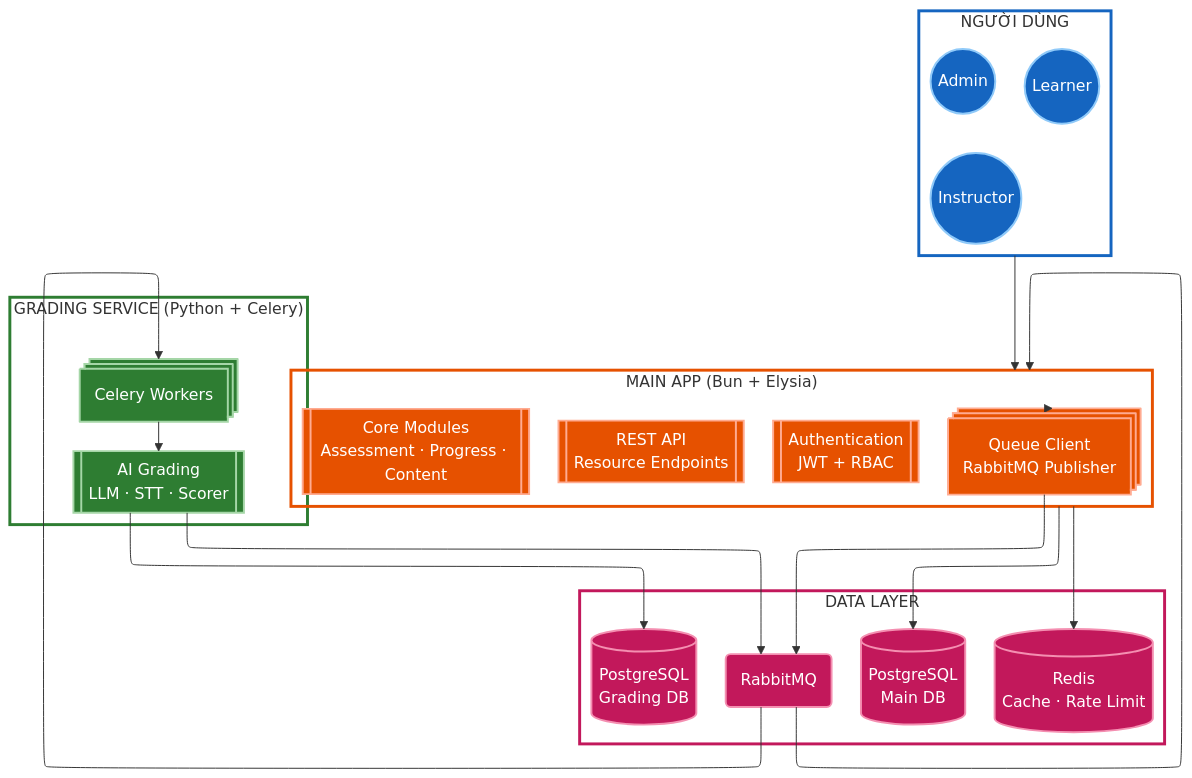
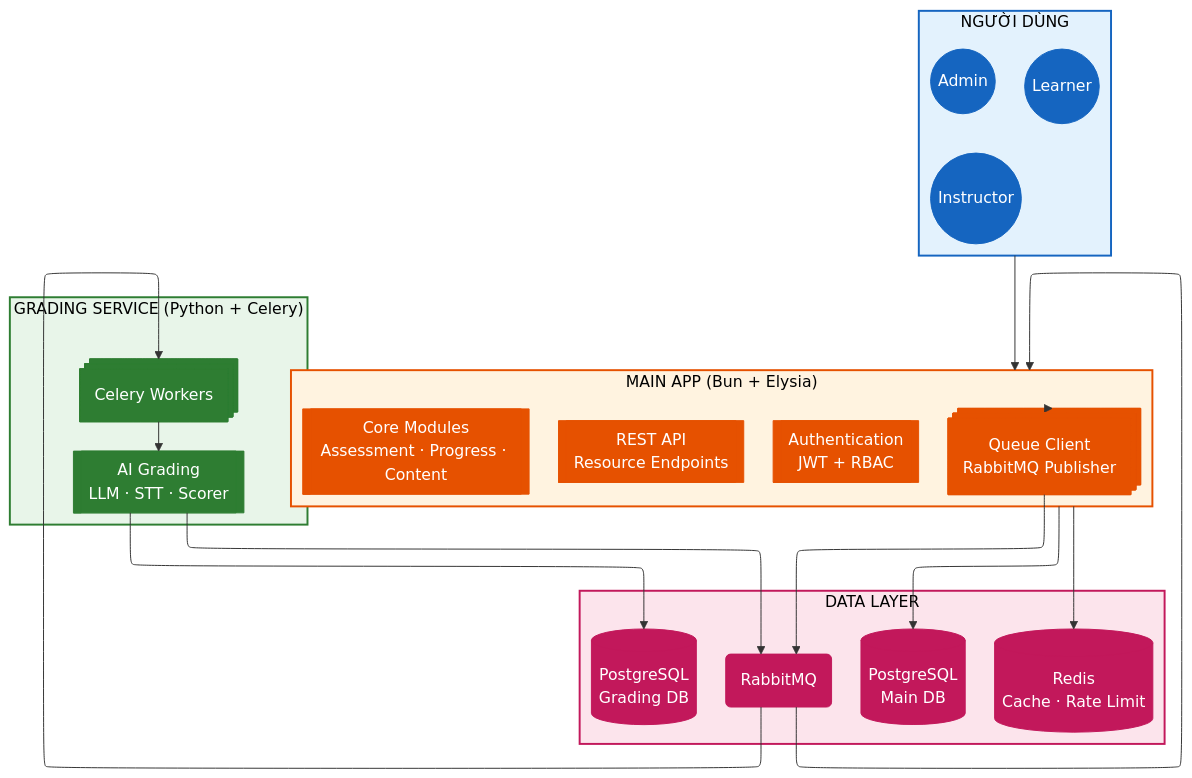
Before and after one commit to nghyane/VSTEP: the first of 12 diagrams in docs/capstone/diagrams/flow-diagrams.vi.md, drawn with Mermaid. The commit also changed other lines of this file, not shown here.

First line of the commit message:
fix(docs): rewrite diagrams with proper color separation

````diff
--- a/docs/capstone/diagrams/flow-diagrams.vi.md
+++ b/docs/capstone/diagrams/flow-diagrams.vi.md
@@ -9,68 +9,69 @@
 ```mermaid
 ---
 config:
   layout: elk
   theme: default
 ---
 flowchart TB
     subgraph Users["NGƯỜI DÙNG"]
         direction LR
         L@{ shape: circle, label: "Learner" }
         I@{ shape: circle, label: "Instructor" }
         A@{ shape: circle, label: "Admin" }
     end
 
     subgraph BunApp["MAIN APP (Bun + Elysia)"]
         direction TB
         Auth@{ shape: fr-rect, label: "Authentication\nJWT + RBAC" }
         API@{ shape: fr-rect, label: "REST API\nResource Endpoints" }
         Core@{ shape: fr-rect, label: "Core Modules\nAssessment · Progress · Content" }
         QueueClient@{ shape: st-rect, label: "Queue Client\nRabbitMQ Publisher" }
     end
 
     subgraph GradingService["GRADING SERVICE (Python + Celery)"]
         direction TB
         Worker@{ shape: st-rect, label: "Celery Workers" }
         Grader@{ shape: fr-rect, label: "AI Grading\nLLM · STT · Scorer" }
     end
 
     subgraph DataLayer["DATA LAYER"]
         direction LR
         MainDB@{ shape: cyl, label: "PostgreSQL\nMain DB" }
         GradingDB@{ shape: cyl, label: "PostgreSQL\nGrading DB" }
         MQ@{ shape: rounded, label: "RabbitMQ" }
         Redis@{ shape: cyl, label: "Redis\nCache · Rate Limit" }
     end
 
     Users --> BunApp
     BunApp --> MainDB
     BunApp --> Redis
     BunApp --> QueueClient
     QueueClient --> MQ
     MQ --> Worker
     Worker --> Grader
     Grader --> GradingDB
     Grader --> MQ
     MQ --> BunApp
 
-    classDef users fill:#1565c0,stroke:#90caf9,stroke-width:2px,color:#fff
-    classDef bun fill:#e65100,stroke:#ffab91,stroke-width:2px,color:#fff
-    classDef python fill:#2e7d32,stroke:#a5d6a7,stroke-width:2px,color:#fff
-    classDef data fill:#c2185b,stroke:#f48fb1,stroke-width:2px,color:#fff
+    %% Nodes - solid fill
+    classDef users fill:#1565c0,stroke:#1565c0,color:#fff
+    classDef bun fill:#e65100,stroke:#e65100,color:#fff
+    classDef python fill:#2e7d32,stroke:#2e7d32,color:#fff
+    classDef data fill:#c2185b,stroke:#c2185b,color:#fff
 
-    classDef usersBox fill:none,stroke:#1565c0,stroke-width:3px
-    classDef bunBox fill:none,stroke:#e65100,stroke-width:3px
-    classDef pythonBox fill:none,stroke:#2e7d32,stroke-width:3px
-    classDef dataBox fill:none,stroke:#c2185b,stroke-width:3px
+    %% Subgraph boxes - light fill with dark border
+    classDef usersBox fill:#e3f2fd,stroke:#1565c0,stroke-width:2px,color:#000
+    classDef bunBox fill:#fff3e0,stroke:#e65100,stroke-width:2px,color:#000
+    classDef pythonBox fill:#e8f5e9,stroke:#2e7d32,stroke-width:2px,color:#000
+    classDef dataBox fill:#fce4ec,stroke:#c2185b,stroke-width:2px,color:#000
 
     class Users usersBox
     class BunApp bunBox
     class GradingService pythonBox
     class DataLayer dataBox
 
     class L,I,A users
     class Auth,API,Core,QueueClient bun
     class Worker,Grader python
     class MainDB,GradingDB,MQ,Redis data
-    
 ```
````
